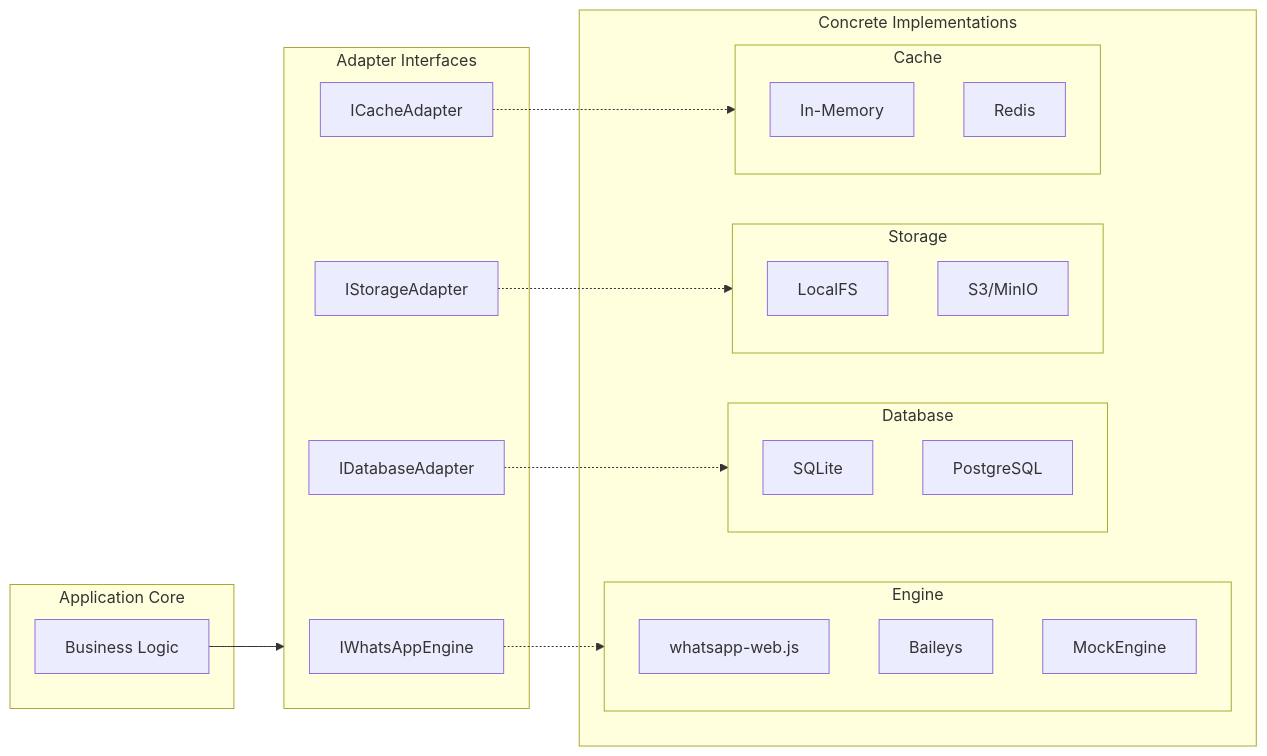
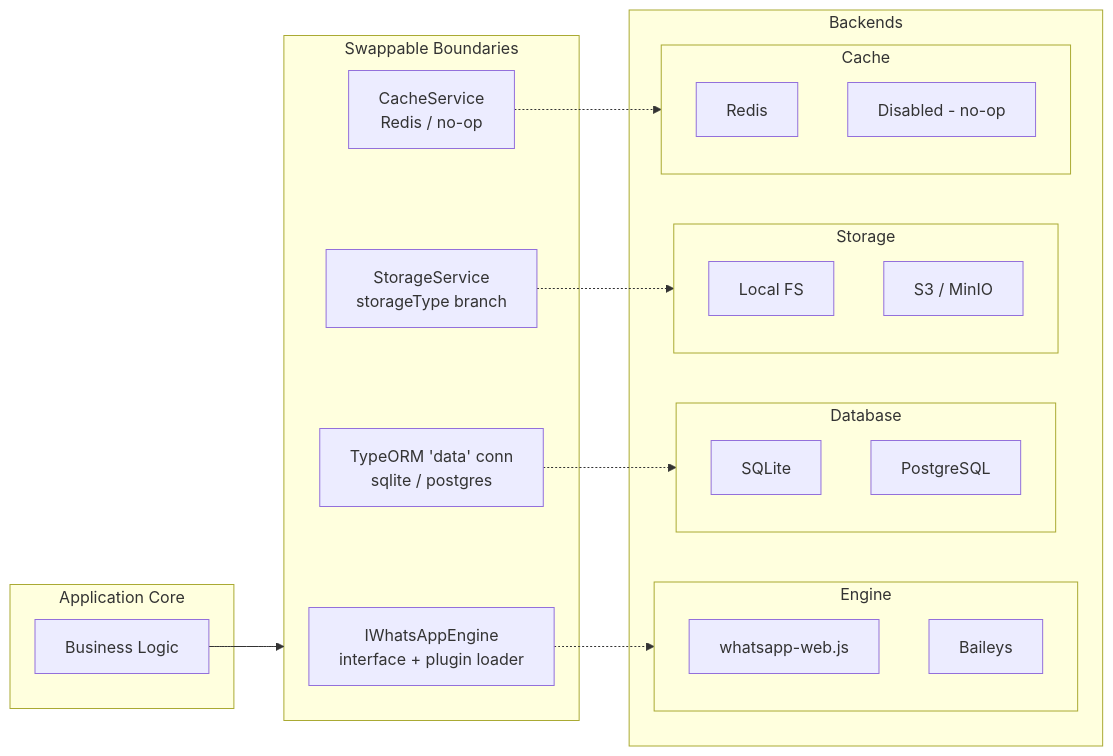
One commit to nourayman21k/OpenWA changed the fourth of 24 diagrams in docs/03-system-architecture.md. Above: the diagram before and after it, drawn with Mermaid. The commit also changed other lines of this file and 13 other files, not shown here.

````diff
--- a/docs/03-system-architecture.md
+++ b/docs/03-system-architecture.md
@@ -120,39 +126,38 @@
 ```mermaid
 flowchart LR
     subgraph Core["Application Core"]
         APP[Business Logic]
     end
 
-    subgraph Interfaces["Adapter Interfaces"]
-        IE[IWhatsAppEngine]
-        ID[IDatabaseAdapter]
-        IS[IStorageAdapter]
-        IC[ICacheAdapter]
+    subgraph Boundaries["Swappable Boundaries"]
+        IE[IWhatsAppEngine<br/>interface + plugin loader]
+        SS[StorageService<br/>storageType branch]
+        CS[CacheService<br/>Redis / no-op]
+        DC[TypeORM 'data' conn<br/>sqlite / postgres]
     end
 
-    subgraph Implementations["Concrete Implementations"]
+    subgraph Implementations["Backends"]
         subgraph Engine
             E1[whatsapp-web.js]
             E2[Baileys]
-            E3[MockEngine]
         end
         subgraph Database
             D1[SQLite]
             D2[PostgreSQL]
         end
         subgraph Storage
-            S1[LocalFS]
-            S2[S3/MinIO]
+            S1[Local FS]
+            S2[S3 / MinIO]
         end
         subgraph Cache
-            C1[In-Memory]
-            C2[Redis]
+            C1[Redis]
+            C2[Disabled - no-op]
         end
     end
 
-    APP --> Interfaces
+    APP --> Boundaries
     IE -.-> Engine
-    ID -.-> Database
-    IS -.-> Storage
-    IC -.-> Cache
+    DC -.-> Database
+    SS -.-> Storage
+    CS -.-> Cache
 ```
````
